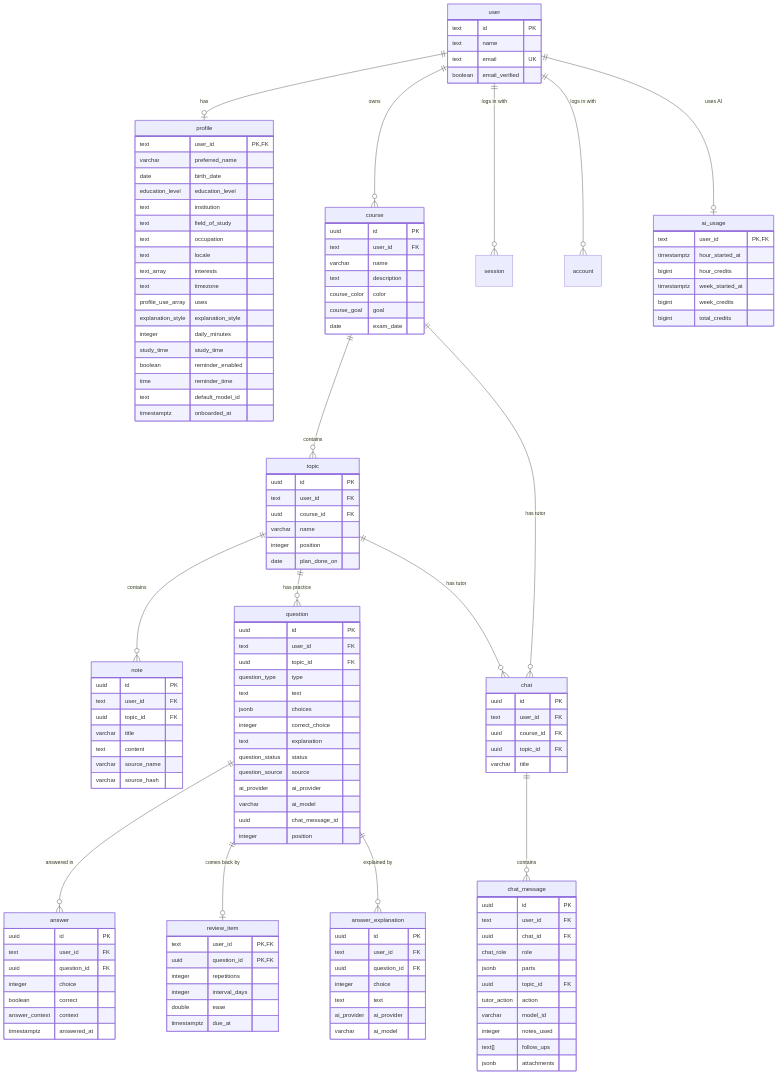
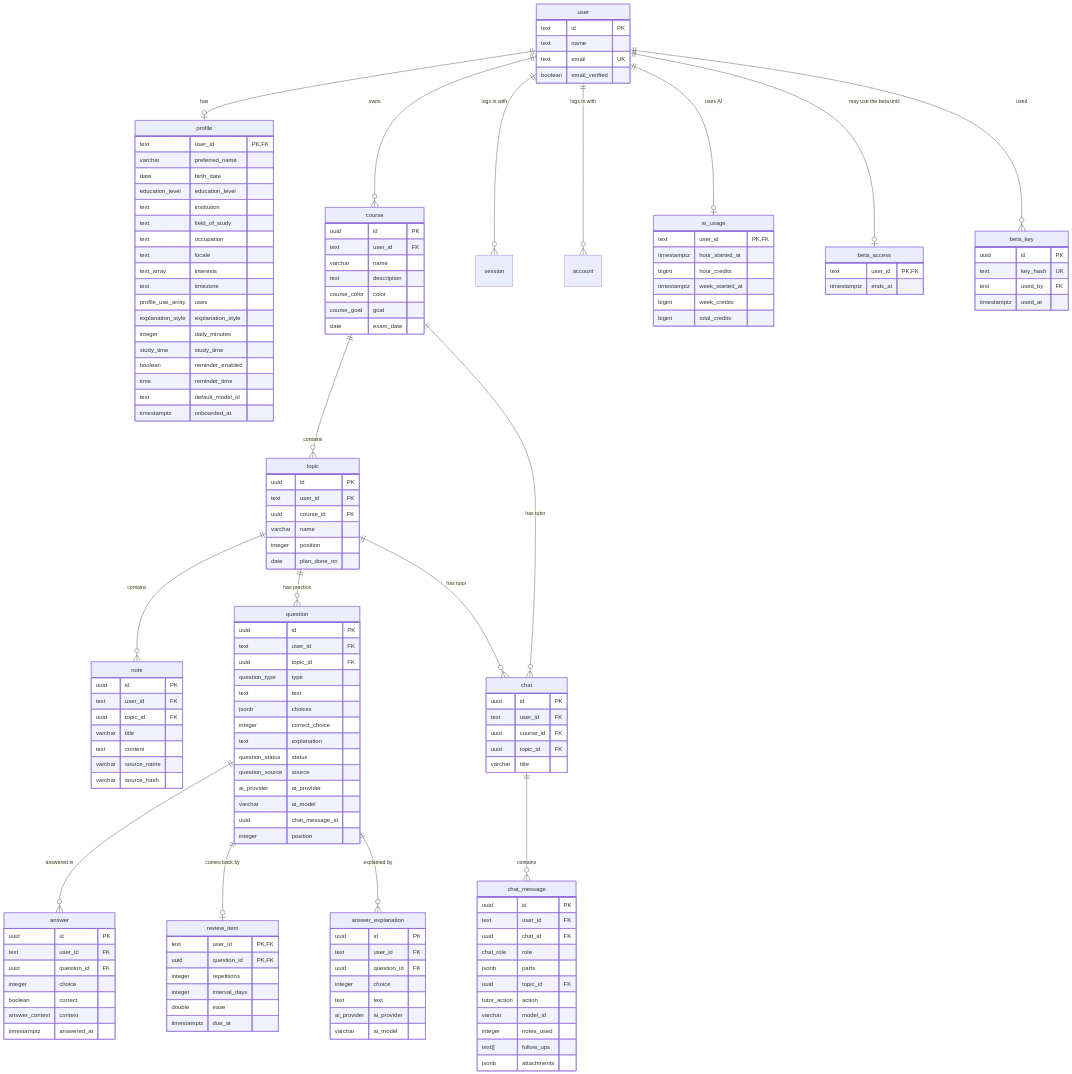
The diagram in docs/database.md (fyernald/orbi), drawn with Mermaid before and after one commit. The commit also changed other lines of this file and 47 other files, not shown here.

Commit message:
feat: ask for a beta key before the app opens (#285)

```diff
--- a/docs/database.md
+++ b/docs/database.md
@@ -20,6 +20,8 @@
     user ||--o{ session : "logs in with"
     user ||--o{ account : "logs in with"
     user ||--o| ai_usage : "uses AI"
+    user ||--o| beta_access : "may use the beta until"
+    user ||--o{ beta_key : "used"
 
     user {
         text id PK
@@ -134,6 +136,16 @@
         bigint week_credits
         bigint total_credits
     }
+    beta_key {
+        uuid id PK
+        text key_hash UK
+        text used_by FK
+        timestamptz used_at
+    }
+    beta_access {
+        text user_id PK,FK
+        timestamptz ends_at
+    }
     answer_explanation {
         uuid id PK
         text user_id FK
```
